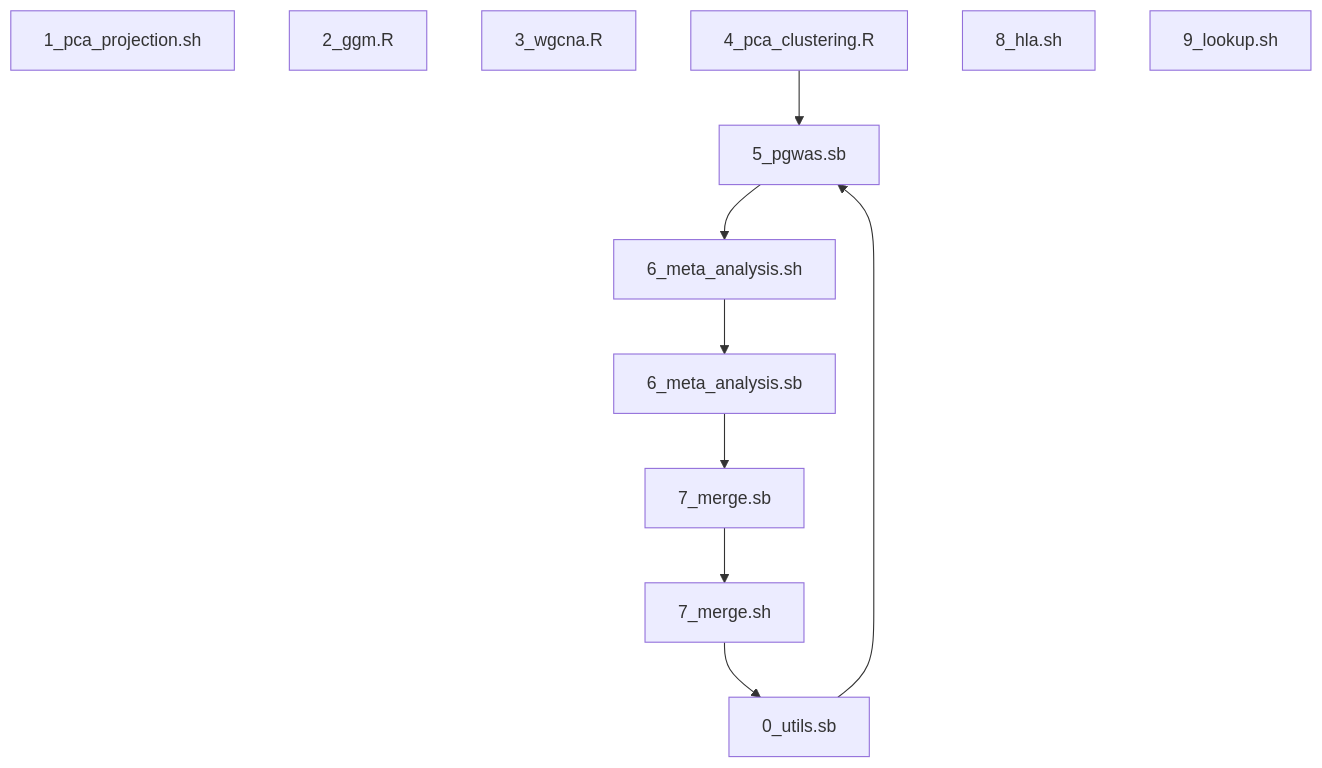
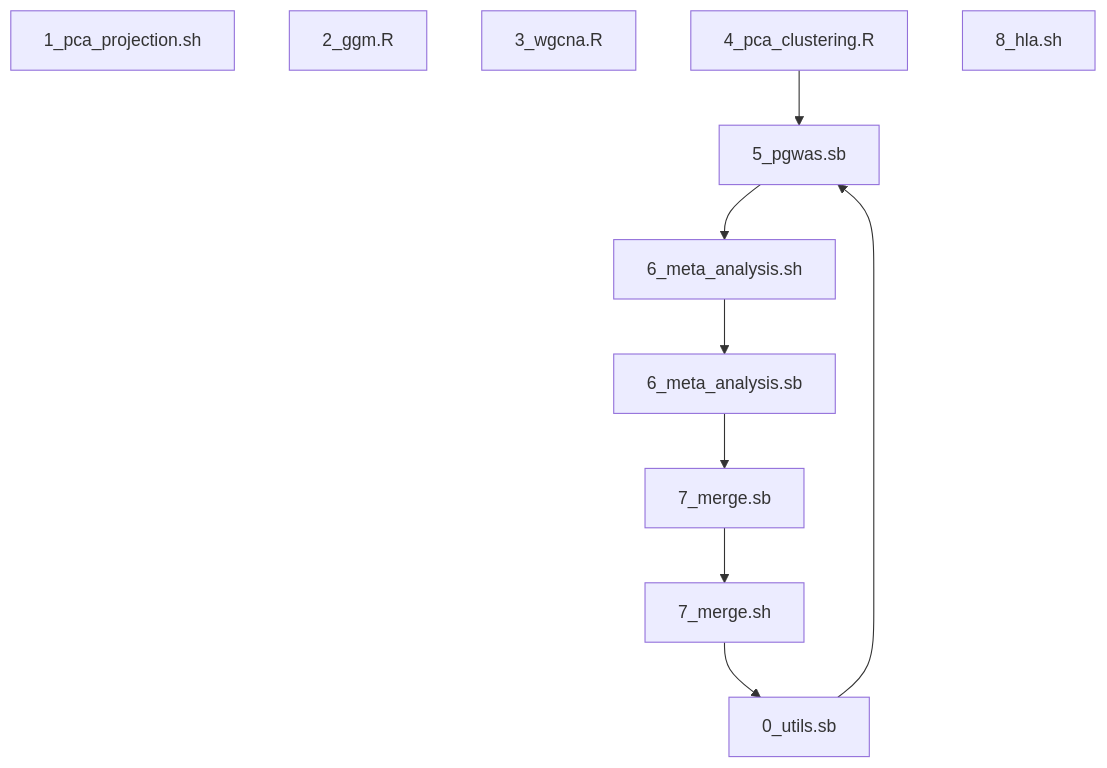
The diagram in progs/README.md (jinghuazhao/Caprion), drawn with Mermaid before and after one commit. The commit also changed other lines of this file and 3 other files, not shown here.

````diff
--- a/progs/README.md
+++ b/progs/README.md
@@ -19,9 +18,8 @@
 ```mermaid
 graph TB
 1_pca_projection.sh
 2_ggm.R
 3_wgcna.R
 4_pca_clustering.R --> 5_pgwas.sb --> 6_meta_analysis.sh --> 6_meta_analysis.sb --> 7_merge.sb --> 7_merge.sh --> 0_utils.sb --> 5_pgwas.sb
 8_hla.sh
-9_lookup.sh
 ```
````
